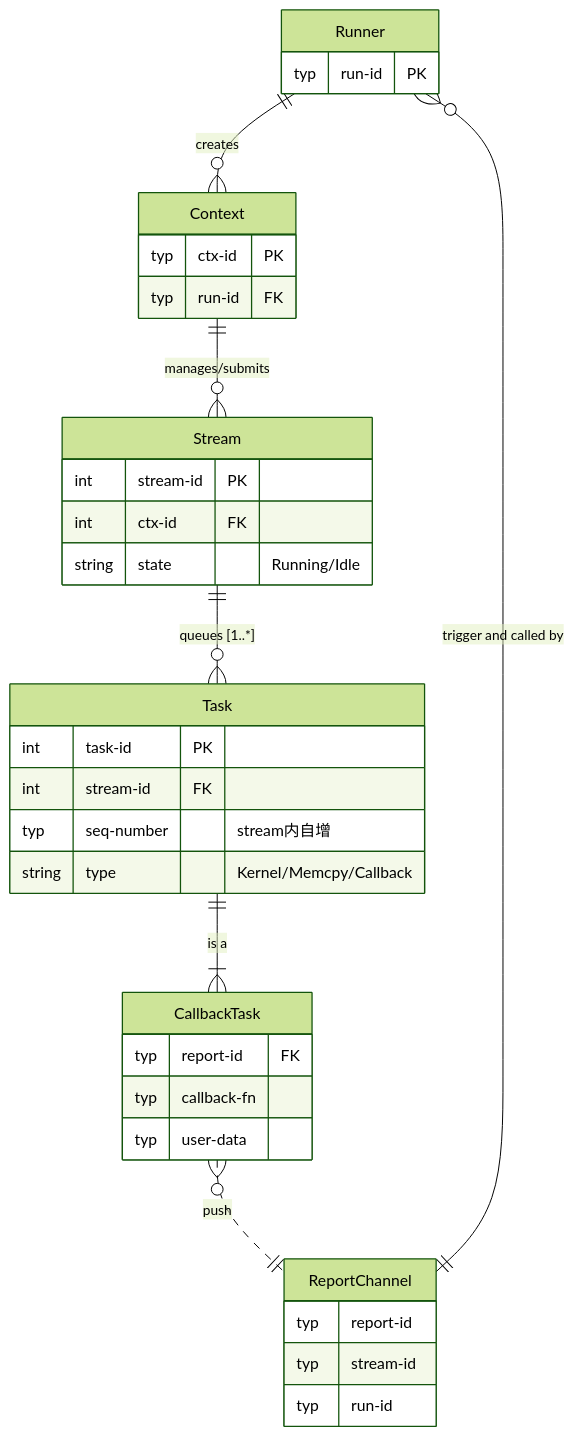
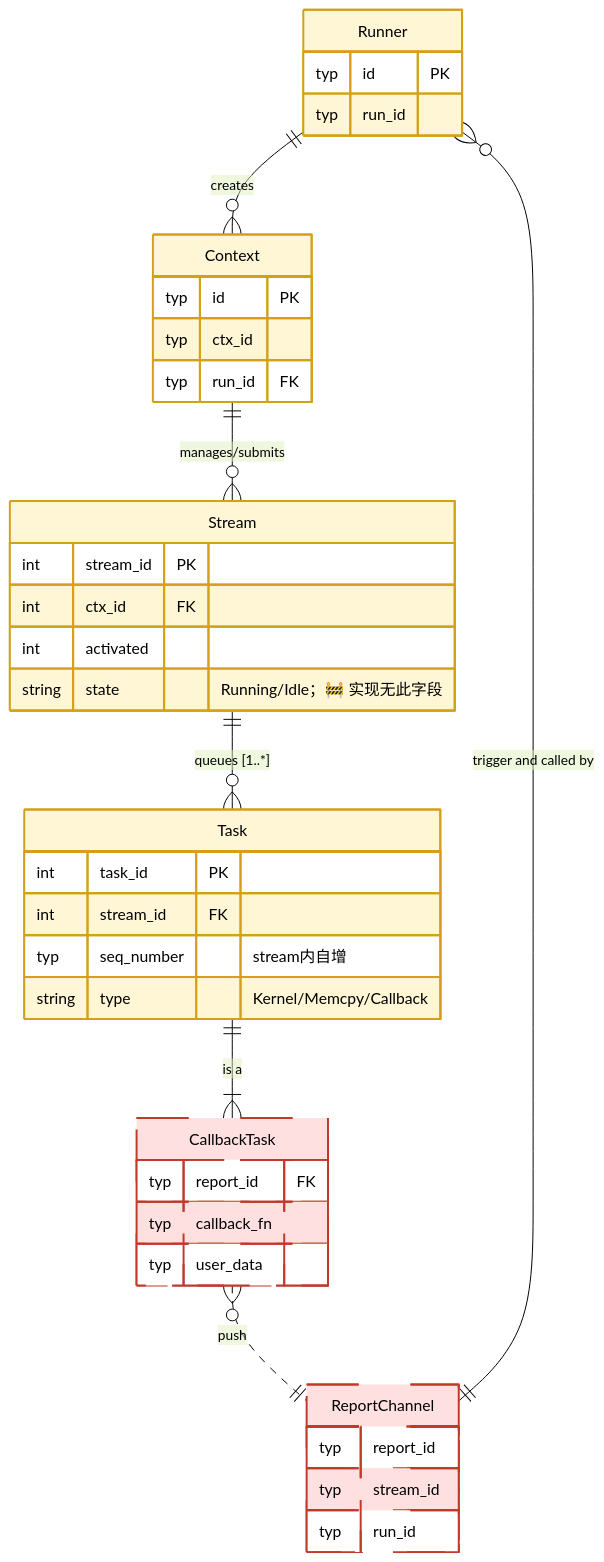
One commit to Fengfengst123/hcomm-mirror changed diagram 17 of 19 in test/hccl_vm/docs/simulator_runner_data_model.md. Above: the diagram before and after it, drawn with Mermaid (forest theme). The commit also changed other lines of this file and 701 other files, not shown here.

````diff
--- a/test/hccl_vm/docs/simulator_runner_data_model.md
+++ b/test/hccl_vm/docs/simulator_runner_data_model.md
@@ -1581,49 +1892,60 @@
 ```mermaid
 erDiagram
     Runner ||--o{ Context: "creates"
     Runner {
-        typ run-id PK
+        typ id PK
+        typ run_id
     }
 
     Context {
-        typ ctx-id PK
-        typ run-id FK
+        typ id PK
+        typ ctx_id
+        typ run_id FK
     }
 
     Stream {
-        int stream-id PK
-        int ctx-id FK
-        string state "Running/Idle"
+        int stream_id PK
+        int ctx_id FK
+        int activated
+        string state "Running/Idle；🚧 实现无此字段"
     }
+    %% 实现无 state 字段；运行态由 activated/capture_status/task_complete_status 表达
 
     %% Stream 包含有序的任务列表
     Context ||--o{ Stream : "manages/submits"
     Stream ||--o{ Task : "queues [1..*]"
 
     Task {
-        int task-id PK
-        int stream-id FK
-        typ seq-number "stream内自增"
+        int task_id PK
+        int stream_id FK
+        typ seq_number "stream内自增"
         string type "Kernel/Memcpy/Callback"
     }
 
     %% 各种具体的 Task 类型 (逻辑上的继承关系)
     CallbackTask {
-        typ report-id FK
-        typ callback-fn
-        typ user-data
-    }  
+        typ report_id FK
+        typ callback_fn
+        typ user_data
+    }
 
     %% 继承关系的逻辑表达 (Task 分为多种)
+    %% 🧠 可进程私有：Context / Stream / Task（仅 src/proxy 访问）
+    %% CallbackTask 由 Task.type 判别（实现只建 Task 表）
     Task ||--|{ CallbackTask : "is a"
 
     ReportChannel {
-        typ report-id
-        typ stream-id
-        typ run-id
-    }  
+        typ report_id
+        typ stream_id
+        typ run_id
+    }
 
-    CallbackTask }o ..|| ReportChannel : "push"  
+    CallbackTask }o..|| ReportChannel : "push"
     ReportChannel ||--o{ Runner : "trigger and called by"
 
+    classDef unimplemented fill:#ffe0e0,stroke:#c0392b,stroke-width:2px,stroke-dasharray:5 3
+    classDef inproc fill:#fff6d6,stroke:#d4a017,stroke-width:2px
+    class CallbackTask,ReportChannel unimplemented
+    class Runner,Context,Stream,Task inproc
+
 ```
````
